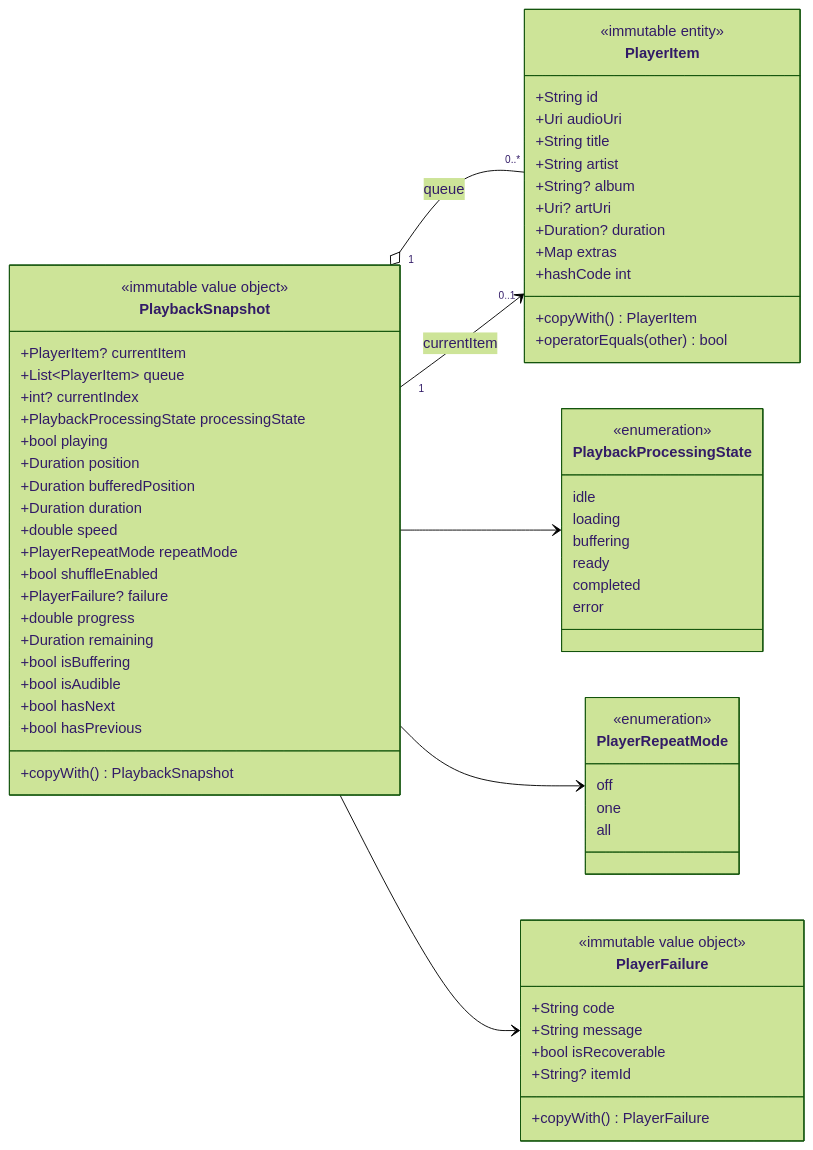
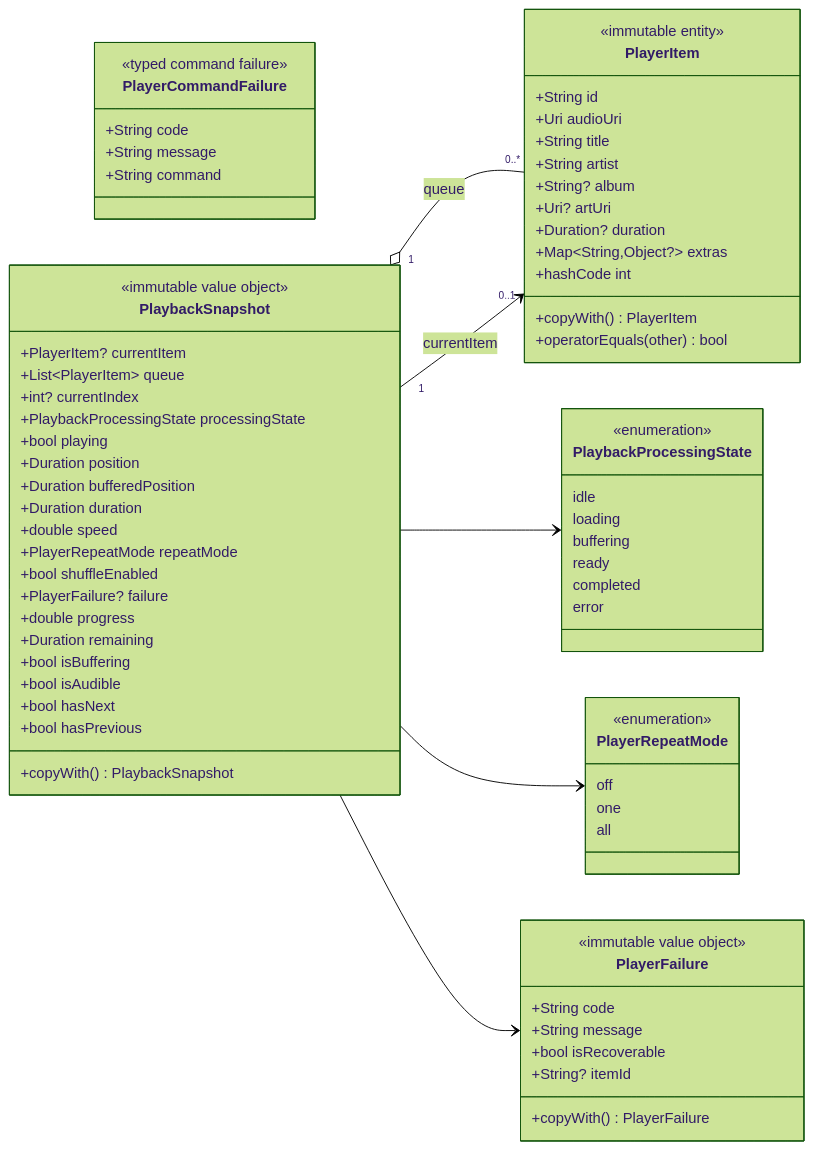
Before and after one commit to ViUniverse/ViListen: the fourth of 10 diagrams in docs/player-class-diagram.md, drawn with Mermaid (forest theme). The commit also changed other lines of this file and 4 other files, not shown here.

````diff
--- a/docs/player-class-diagram.md
+++ b/docs/player-class-diagram.md
@@ -325,74 +431,81 @@
 ```mermaid
 classDiagram
 direction LR
 
 class PlayerItem {
   <<immutable entity>>
   +String id
   +Uri audioUri
   +String title
   +String artist
   +String? album
   +Uri? artUri
   +Duration? duration
-  +Map extras
+  +Map~String,Object?~ extras
   +copyWith() PlayerItem
   +operatorEquals(other) bool
   +hashCode int
 }
 
 class PlayerFailure {
   <<immutable value object>>
   +String code
   +String message
   +bool isRecoverable
   +String? itemId
   +copyWith() PlayerFailure
+}
+
+class PlayerCommandFailure {
+  <<typed command failure>>
+  +String code
+  +String message
+  +String command
 }
 
 class PlaybackProcessingState {
   <<enumeration>>
   idle
   loading
   buffering
   ready
   completed
   error
 }
 
 class PlayerRepeatMode {
   <<enumeration>>
   off
   one
   all
 }
 
 class PlaybackSnapshot {
   <<immutable value object>>
   +PlayerItem? currentItem
   +List~PlayerItem~ queue
   +int? currentIndex
   +PlaybackProcessingState processingState
   +bool playing
   +Duration position
   +Duration bufferedPosition
   +Duration duration
   +double speed
   +PlayerRepeatMode repeatMode
   +bool shuffleEnabled
   +PlayerFailure? failure
   +double progress
   +Duration remaining
   +bool isBuffering
   +bool isAudible
   +bool hasNext
   +bool hasPrevious
   +copyWith() PlaybackSnapshot
 }
 
 PlaybackSnapshot "1" o-- "0..*" PlayerItem : queue
 PlaybackSnapshot "1" --> "0..1" PlayerItem : currentItem
 PlaybackSnapshot --> PlaybackProcessingState
 PlaybackSnapshot --> PlayerRepeatMode
 PlaybackSnapshot --> PlayerFailure
 ```
````
